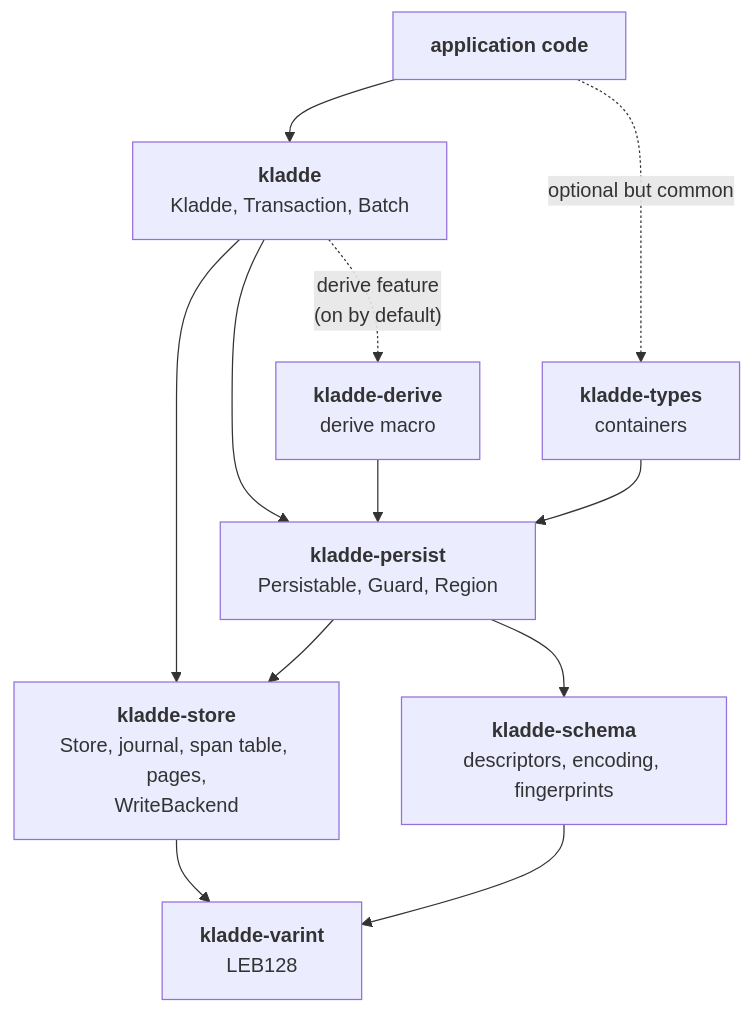
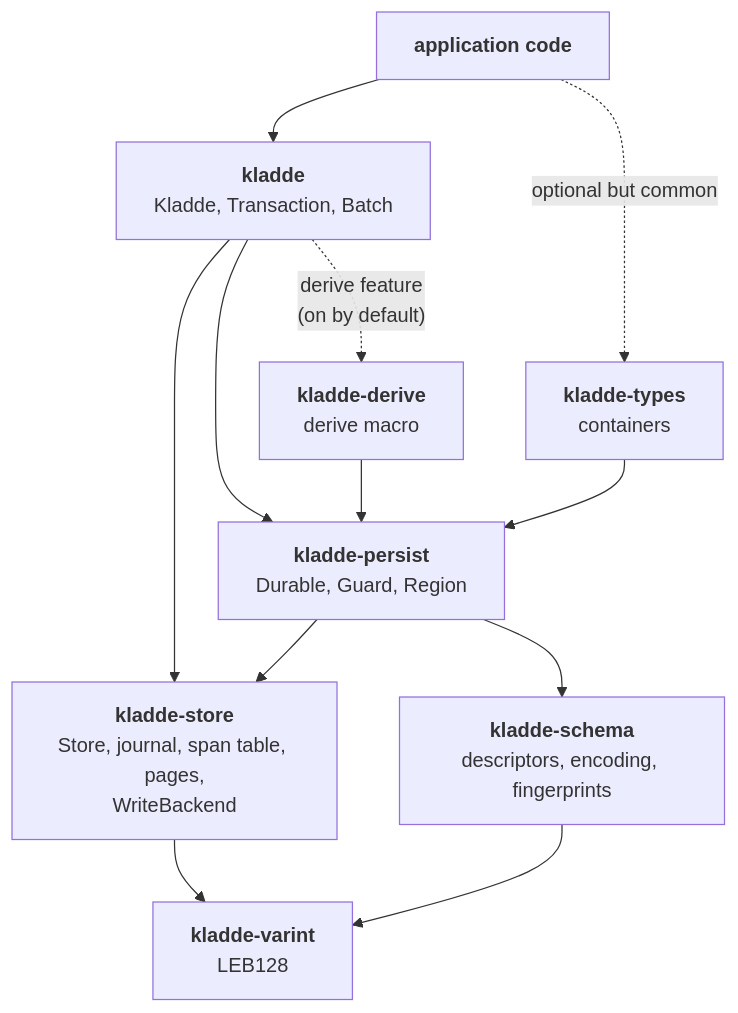
One commit to kladde-dev/kladde-docs changed the diagram in content/rust/crates.md. Above: the diagram before and after it, drawn with Mermaid. The commit also changed other lines of this file and 15 other files, not shown here.

First line of the commit message:
Rename Persistable to Durable

````diff
--- a/content/rust/crates.md
+++ b/content/rust/crates.md
@@ -23,22 +23,22 @@
 ```mermaid
 graph TD
   APP["<strong>application code</strong>"]
   K["<strong>kladde</strong><br/>Kladde, Transaction, Batch"]
   T["<strong>kladde-types</strong><br/>containers"]
   D["<strong>kladde-derive</strong><br/>derive macro"]
-  P["<strong>kladde-persist</strong><br/>Persistable, Guard, Region"]
+  P["<strong>kladde-persist</strong><br/>Durable, Guard, Region"]
   S["<strong>kladde-schema</strong><br/>descriptors, encoding, fingerprints"]
   V["<strong>kladde-varint</strong><br/>LEB128"]
   H["<strong>kladde-store</strong><br/>Store, journal, span table, pages,<br/>WriteBackend"]
   APP --> K
   APP -. optional but common .-> T
   K --> H
   K --> P
   K -. "derive" feature<br/>(on by default) .-> D
   T --> P
   D --> P
   P --> H
   P --> S
   S --> V
   H --> V
 ```
````
